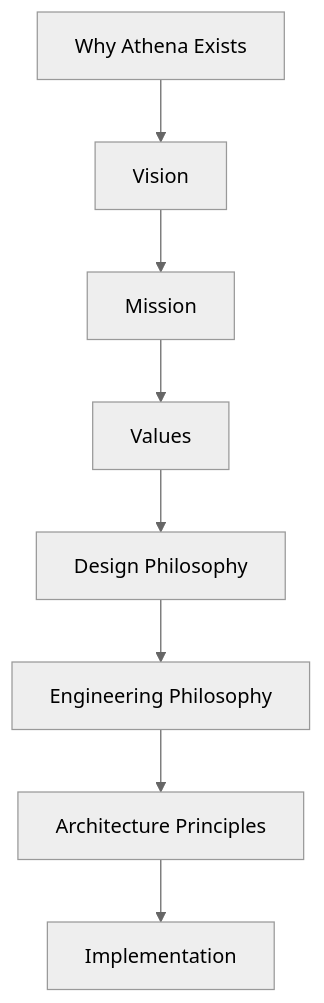
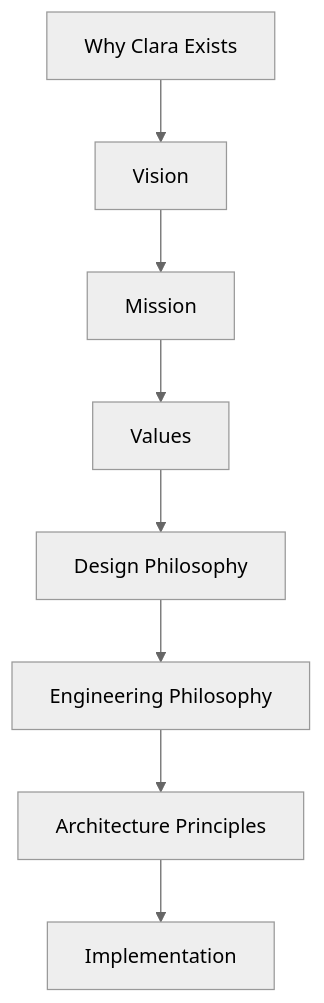
Before and after one commit to VaxXinE/CLARA: the diagram in docs/BOOK-01-The-Foundation/chapters/01-Preface.md, drawn with Mermaid (neutral theme). The commit also changed other lines of this file and 529 other files, not shown here.

````diff
--- a/docs/BOOK-01-The-Foundation/chapters/01-Preface.md
+++ b/docs/BOOK-01-The-Foundation/chapters/01-Preface.md
@@ -199,10 +199,10 @@
 ```mermaid
 flowchart TD
-    A[Why Athena Exists] --> B[Vision]
+    A[Why Clara Exists] --> B[Vision]
     B --> C[Mission]
     C --> D[Values]
     D --> E[Design Philosophy]
     E --> F[Engineering Philosophy]
     F --> G[Architecture Principles]
     G --> H[Implementation]
 ```
````
